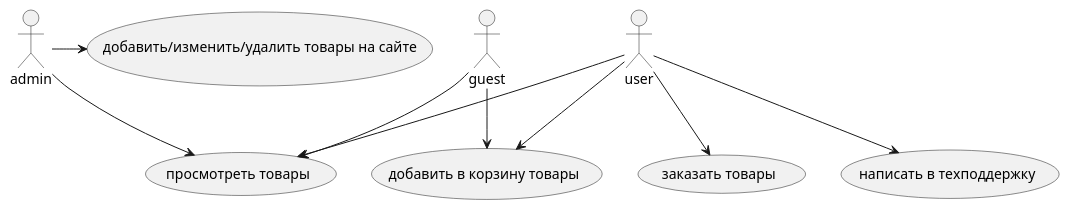
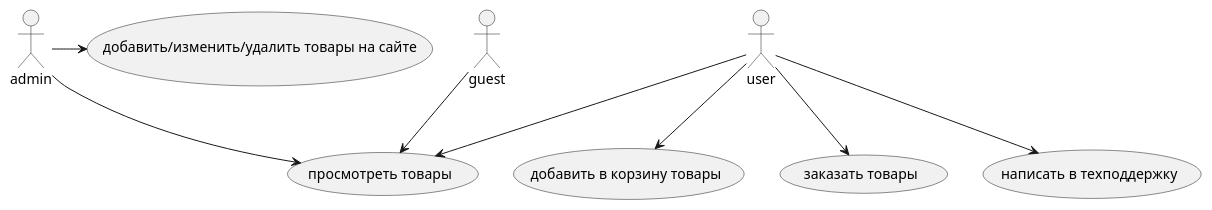
One commit to Nadia-ru/junitandmoskito changed the diagram in src/main/java/com/gitlab/nadiatrf/business_project/use_case.puml. Above: the diagram before and after it, drawn with PlantUML.

Commit message:
#4 edit use case and closes

```diff
--- a/src/main/java/com/gitlab/nadiatrf/business_project/use_case.puml
+++ b/src/main/java/com/gitlab/nadiatrf/business_project/use_case.puml
@@ -1,17 +1,16 @@
 @startuml
 actor guest
 actor user
 actor admin
 
 user --> (просмотреть товары)
 user --> (добавить в корзину товары)
 user --> (заказать товары)
 user --> (написать в техподдержку)
 
 guest --> (просмотреть товары)
-guest --> (добавить в корзину товары)
 
 admin ->(добавить/изменить/удалить товары на сайте)
 admin --> (просмотреть товары)
 
 @enduml
```
